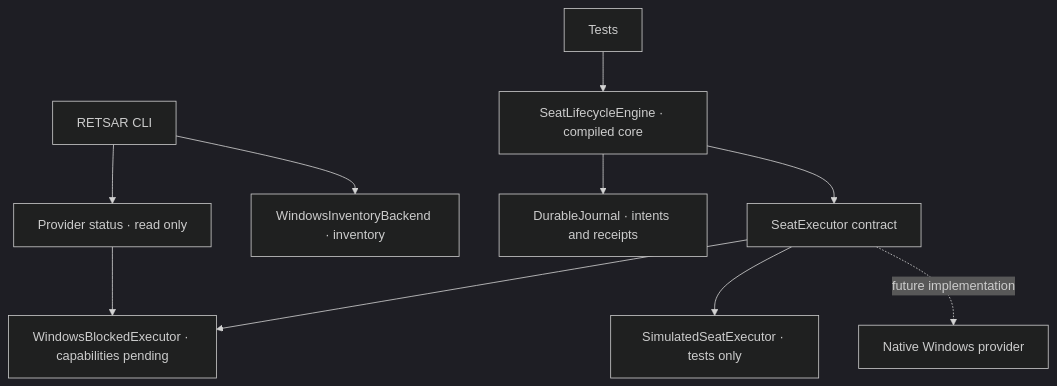
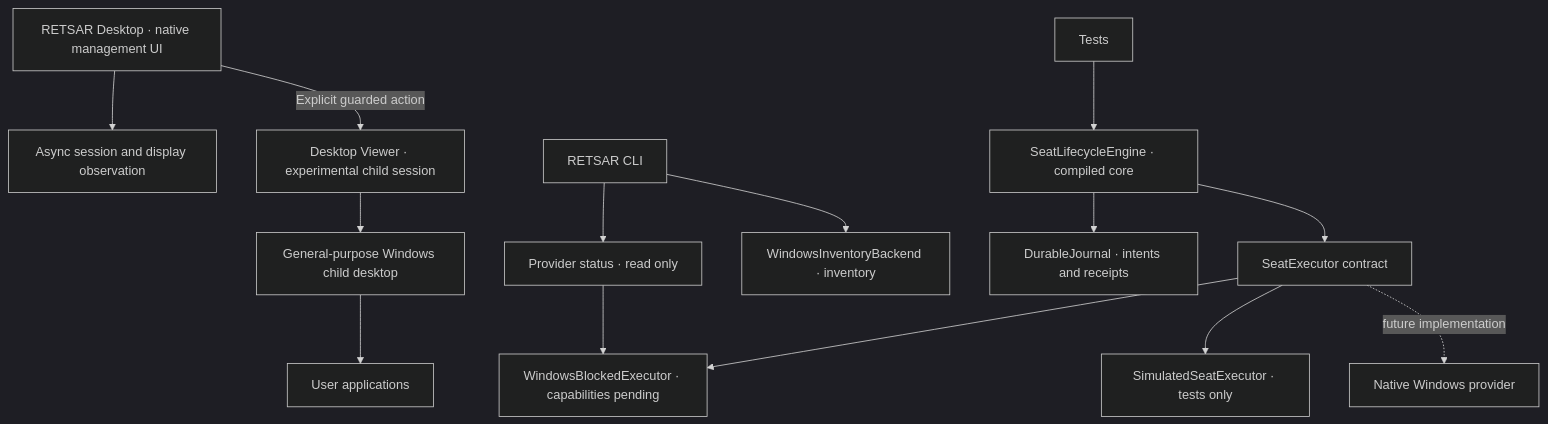
The diagram in docs/ARCHITECTURE.md (kazah-png/RETSAR), drawn with Mermaid (dark theme) before and after one commit. The commit also changed other lines of this file and 37 other files, not shown here.

First line of the commit message:
Build the general-purpose RETSAR Desktop experience

````diff
--- a/docs/ARCHITECTURE.md
+++ b/docs/ARCHITECTURE.md
@@ -5,12 +7,16 @@
 ```mermaid
 flowchart TB
+    Desktop[RETSAR Desktop · native management UI] --> Observe[Async session and display observation]
+    Desktop -->|Explicit guarded action| Viewer[Desktop Viewer · experimental child session]
+    Viewer --> Child[General-purpose Windows child desktop]
+    Child --> Applications[User applications]
     CLI[RETSAR CLI] --> Status[Provider status · read only]
     CLI --> Inventory[WindowsInventoryBackend · inventory]
     Status --> Blocked[WindowsBlockedExecutor · capabilities pending]
     Core[SeatLifecycleEngine · compiled core] --> Journal[DurableJournal · intents and receipts]
     Core --> Contract[SeatExecutor contract]
     Contract --> Blocked
     Tests[Tests] --> Core
     Contract --> Sim[SimulatedSeatExecutor · tests only]
     Contract -. future implementation .-> Native[Native Windows provider]
 ```
````
